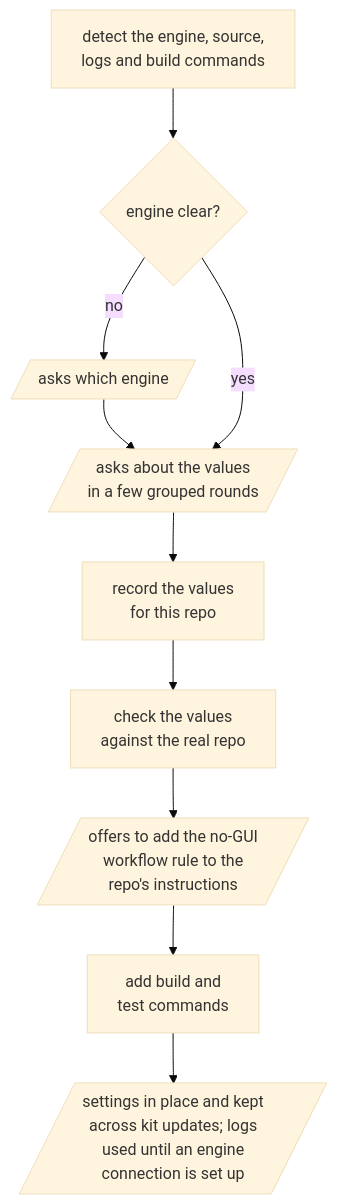
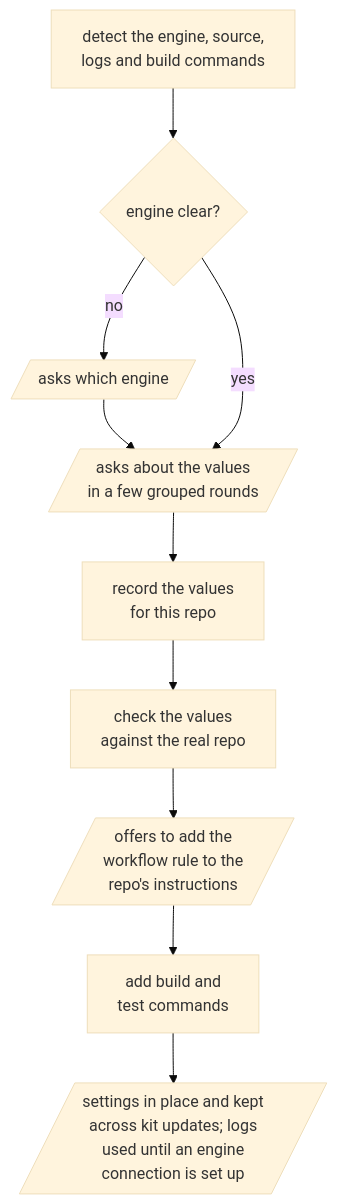
The diagram in domains/game/skills/setup/README.md (omni-stove/skill-kit), drawn with Mermaid (base theme) before and after one commit. The commit also changed 23 other files, not shown here.

````diff
--- a/domains/game/skills/setup/README.md
+++ b/domains/game/skills/setup/README.md
@@ -3,13 +3,13 @@
 ```mermaid
 flowchart TD
   detect[detect the engine, source,<br/>logs and build commands]
   detect --> clear{engine clear?}
   clear -- "no" --> which[/asks which engine/]
   which --> values
   clear -- "yes" --> values[/asks about the values<br/>in a few grouped rounds/]
   values --> write[record the values<br/>for this repo]
   write --> verify[check the values<br/>against the real repo]
-  verify --> rule[/"offers to add the no-GUI<br/>workflow rule to the<br/>repo's instructions"/]
+  verify --> rule[/"offers to add the<br/>workflow rule to the<br/>repo's instructions"/]
   rule --> tasks[add build and<br/>test commands]
   tasks --> report[/"settings in place and kept<br/>across kit updates; logs<br/>used until an engine<br/>connection is set up"/]
 ```
````
